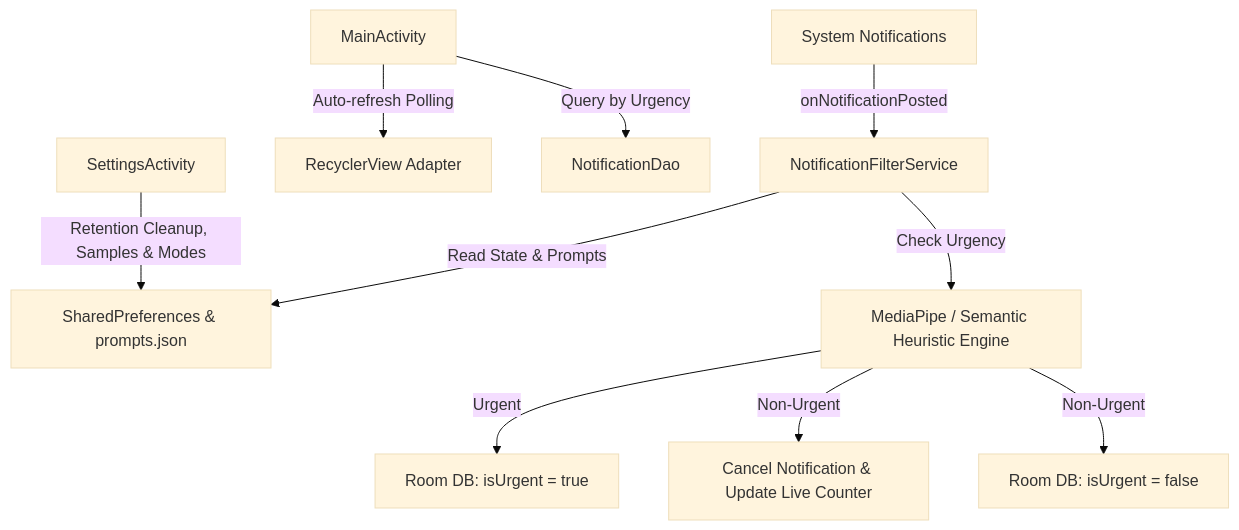
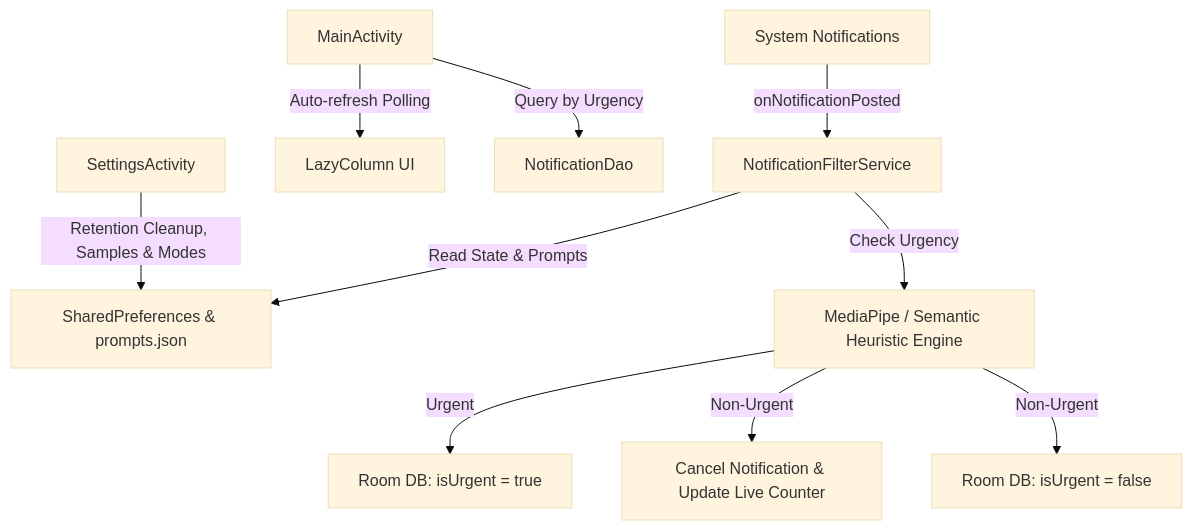
The diagram in docs/internals.md (gnanaswaroop/FocusRefine), drawn with Mermaid (base theme) before and after one commit. The commit also changed other lines of this file and 1 other file, not shown here.

````diff
--- a/docs/internals.md
+++ b/docs/internals.md
@@ -9,12 +9,12 @@
 ```mermaid
 graph TD
     A[System Notifications] -->|onNotificationPosted| B[NotificationFilterService]
     B -->|Read State & Prompts| C[SharedPreferences & prompts.json]
     B -->|Check Urgency| D[MediaPipe / Semantic Heuristic Engine]
     D -->|Urgent| E[Room DB: isUrgent = true]
     D -->|Non-Urgent| F[Cancel Notification & Update Live Counter]
     D -->|Non-Urgent| G[Room DB: isUrgent = false]
-    H[MainActivity] -->|Auto-refresh Polling| I[RecyclerView Adapter]
+    H[MainActivity] -->|Auto-refresh Polling| I[LazyColumn UI]
     H -->|Query by Urgency| J[NotificationDao]
     K[SettingsActivity] -->|Retention Cleanup, Samples & Modes| C
 ```
````
